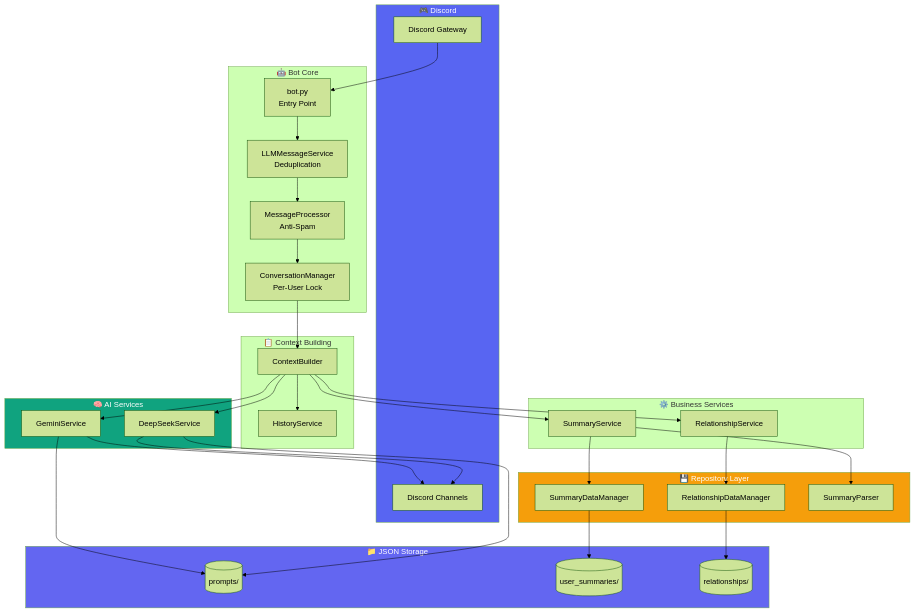
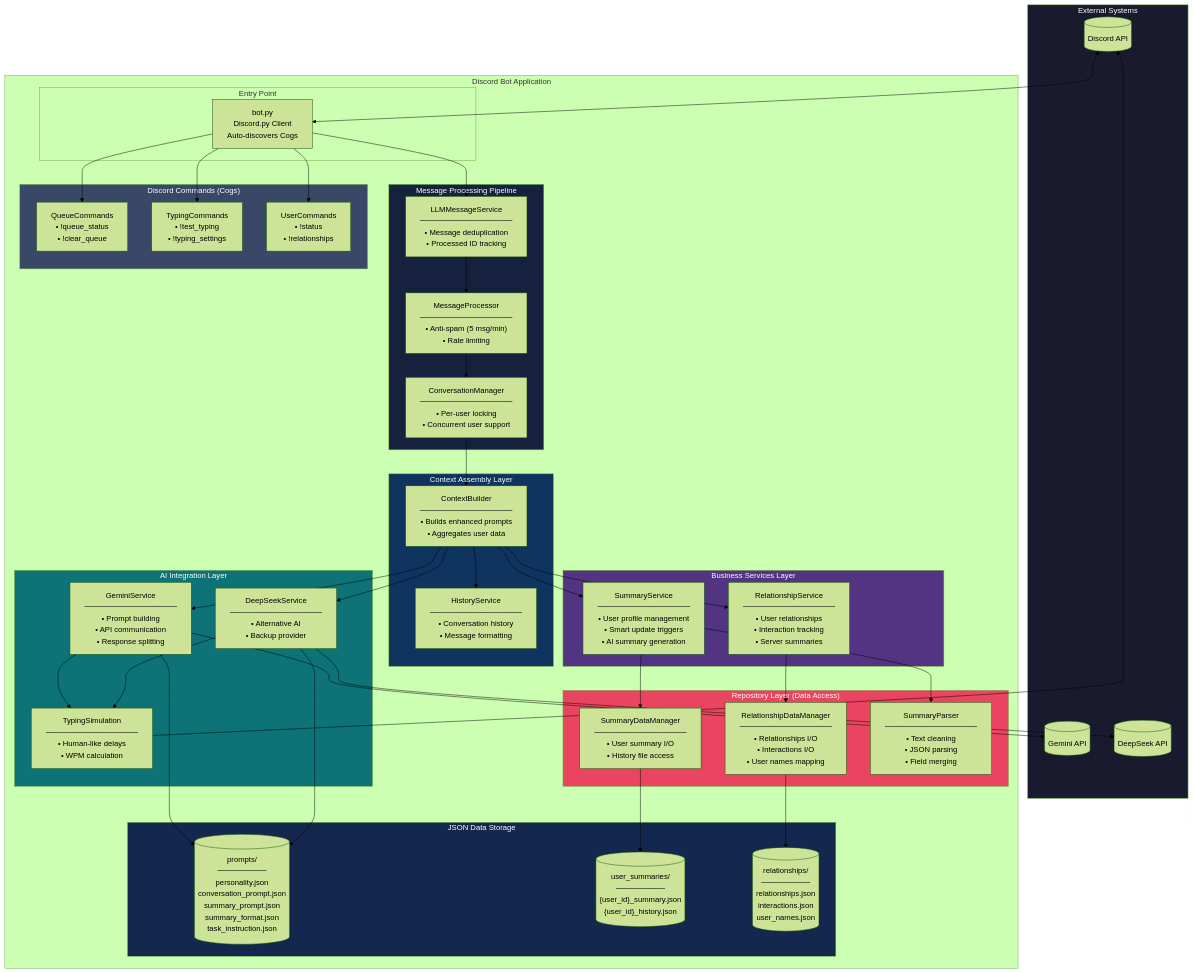
One commit to Flowerf19/LLM_AI_CHATBOT changed the first of 2 diagrams in discord-bot-gemini/README.md. Above: the diagram before and after it, drawn with Mermaid (forest theme). The commit also changed other lines of this file, not shown here.

Commit message:
refactor: Revise README.md for clarity and structure, enhancing feature descriptions and architecture diagrams

````diff
--- a/discord-bot-gemini/README.md
+++ b/discord-bot-gemini/README.md
@@ -41,71 +7,103 @@
 ```mermaid
 flowchart TB
-    subgraph Discord["🎮 Discord"]
-        DG[Discord Gateway]
-        DC[Discord Channels]
+    subgraph External["External Systems"]
+        DISCORD[("Discord API")]
+        GEMINI_API[("Gemini API")]
+        DEEPSEEK_API[("DeepSeek API")]
     end
 
-    subgraph Core["🤖 Bot Core"]
-        BOT[bot.py<br/>Entry Point]
-        LLM_SVC[LLMMessageService<br/>Deduplication]
-        MSG_PROC[MessageProcessor<br/>Anti-Spam]
-        CONV_MGR[ConversationManager<br/>Per-User Lock]
+    subgraph Application["Discord Bot Application"]
+        subgraph EntryPoint["Entry Point"]
+            BOT["bot.py<br/>Discord.py Client<br/>Auto-discovers Cogs"]
+        end
+
+        subgraph MessagePipeline["Message Processing Pipeline"]
+            LLM_MSG["LLMMessageService<br/>─────────────────<br/>• Message deduplication<br/>• Processed ID tracking"]
+            MSG_PROC["MessageProcessor<br/>─────────────────<br/>• Anti-spam (5 msg/min)<br/>• Rate limiting"]
+            CONV_MGR["ConversationManager<br/>─────────────────<br/>• Per-user locking<br/>• Concurrent user support"]
+        end
+
+        subgraph ContextLayer["Context Assembly Layer"]
+            CTX_BUILD["ContextBuilder<br/>─────────────────<br/>• Builds enhanced prompts<br/>• Aggregates user data"]
+            HIST_SVC["HistoryService<br/>─────────────────<br/>• Conversation history<br/>• Message formatting"]
+        end
+
+        subgraph BusinessServices["Business Services Layer"]
+            SUM_SVC["SummaryService<br/>─────────────────<br/>• User profile management<br/>• Smart update triggers<br/>• AI summary generation"]
+            REL_SVC["RelationshipService<br/>─────────────────<br/>• User relationships<br/>• Interaction tracking<br/>• Server summaries"]
+        end
+
+        subgraph RepositoryLayer["Repository Layer (Data Access)"]
+            SUM_DATA["SummaryDataManager<br/>─────────────────<br/>• User summary I/O<br/>• History file access"]
+            REL_DATA["RelationshipDataManager<br/>─────────────────<br/>• Relationships I/O<br/>• Interactions I/O<br/>• User names mapping"]
+            SUM_PARSE["SummaryParser<br/>─────────────────<br/>• Text cleaning<br/>• JSON parsing<br/>• Field merging"]
+        end
+
+        subgraph AIServices["AI Integration Layer"]
+            GEMINI_SVC["GeminiService<br/>─────────────────<br/>• Prompt building<br/>• API communication<br/>• Response splitting"]
+            DEEPSEEK_SVC["DeepSeekService<br/>─────────────────<br/>• Alternative AI<br/>• Backup provider"]
+            TYPING["TypingSimulation<br/>─────────────────<br/>• Human-like delays<br/>• WPM calculation"]
+        end
+
+        subgraph CommandsCogs["Discord Commands (Cogs)"]
+            QUEUE_CMD["QueueCommands<br/>• !queue_status<br/>• !clear_queue"]
+            TYPING_CMD["TypingCommands<br/>• !test_typing<br/>• !typing_settings"]
+            USER_CMD["UserCommands<br/>• !status<br/>• !relationships"]
+        end
+
+        subgraph DataStorage["JSON Data Storage"]
+            PROMPTS[("prompts/<br/>─────────<br/>personality.json<br/>conversation_prompt.json<br/>summary_prompt.json<br/>summary_format.json<br/>task_instruction.json")]
+            SUMMARIES[("user_summaries/<br/>─────────<br/>{user_id}_summary.json<br/>{user_id}_history.json")]
+            RELATIONS[("relationships/<br/>─────────<br/>relationships.json<br/>interactions.json<br/>user_names.json")]
+        end
     end
 
-    subgraph Context["📋 Context Building"]
-        CTX[ContextBuilder]
-        HIST[HistoryService]
-    end
+    %% External connections
+    DISCORD <--> BOT
+    GEMINI_SVC --> GEMINI_API
+    DEEPSEEK_SVC --> DEEPSEEK_API
 
-    subgraph Services["⚙️ Business Services"]
-        SUM_SVC[SummaryService]
-        REL_SVC[RelationshipService]
-    end
+    %% Message pipeline flow
+    BOT --> LLM_MSG
+    LLM_MSG --> MSG_PROC
+    MSG_PROC --> CONV_MGR
+    CONV_MGR --> CTX_BUILD
 
-    subgraph Repository["💾 Repository Layer"]
-        SUM_DATA[SummaryDataManager]
-        REL_DATA[RelationshipDataManager]
-        SUM_PARSE[SummaryParser]
-    end
+    %% Context building
+    CTX_BUILD --> SUM_SVC
+    CTX_BUILD --> REL_SVC
+    CTX_BUILD --> HIST_SVC
 
-    subgraph AI["🧠 AI Services"]
-        GEMINI[GeminiService]
-        DEEPSEEK[DeepSeekService]
-    end
-
-    subgraph Data["📁 JSON Storage"]
-        PROMPTS[(prompts/)]
-        SUMMARIES[(user_summaries/)]
-        RELATIONS[(relationships/)]
-    end
-
-    DG --> BOT
-    BOT --> LLM_SVC
-    LLM_SVC --> MSG_PROC
-    MSG_PROC --> CONV_MGR
-    CONV_MGR --> CTX
-
-    CTX --> SUM_SVC
-    CTX --> REL_SVC
-    CTX --> HIST
-
+    %% Business to Repository
     SUM_SVC --> SUM_DATA
     SUM_SVC --> SUM_PARSE
     REL_SVC --> REL_DATA
 
+    %% Repository to Storage
     SUM_DATA --> SUMMARIES
     REL_DATA --> RELATIONS
 
-    CTX --> GEMINI
-    CTX --> DEEPSEEK
-    GEMINI --> PROMPTS
-    DEEPSEEK --> PROMPTS
+    %% AI flow
+    CTX_BUILD --> GEMINI_SVC
+    CTX_BUILD --> DEEPSEEK_SVC
+    GEMINI_SVC --> PROMPTS
+    DEEPSEEK_SVC --> PROMPTS
+    GEMINI_SVC --> TYPING
+    DEEPSEEK_SVC --> TYPING
+    TYPING --> DISCORD
 
-    GEMINI --> DC
-    DEEPSEEK --> DC
+    %% Commands
+    BOT --> QUEUE_CMD
+    BOT --> TYPING_CMD
+    BOT --> USER_CMD
 
-    style Discord fill:#5865F2,color:#fff
-    style AI fill:#10a37f,color:#fff
-    style Repository fill:#f59e0b,color:#fff
-    style Data fill:#6366f1,color:#fff
+    %% Styling
+    style External fill:#1a1a2e,color:#fff
+    style MessagePipeline fill:#16213e,color:#fff
+    style ContextLayer fill:#0f3460,color:#fff
+    style BusinessServices fill:#533483,color:#fff
+    style RepositoryLayer fill:#e94560,color:#fff
+    style AIServices fill:#0d7377,color:#fff
+    style DataStorage fill:#14274e,color:#fff
+    style CommandsCogs fill:#394867,color:#fff
 ```
````
